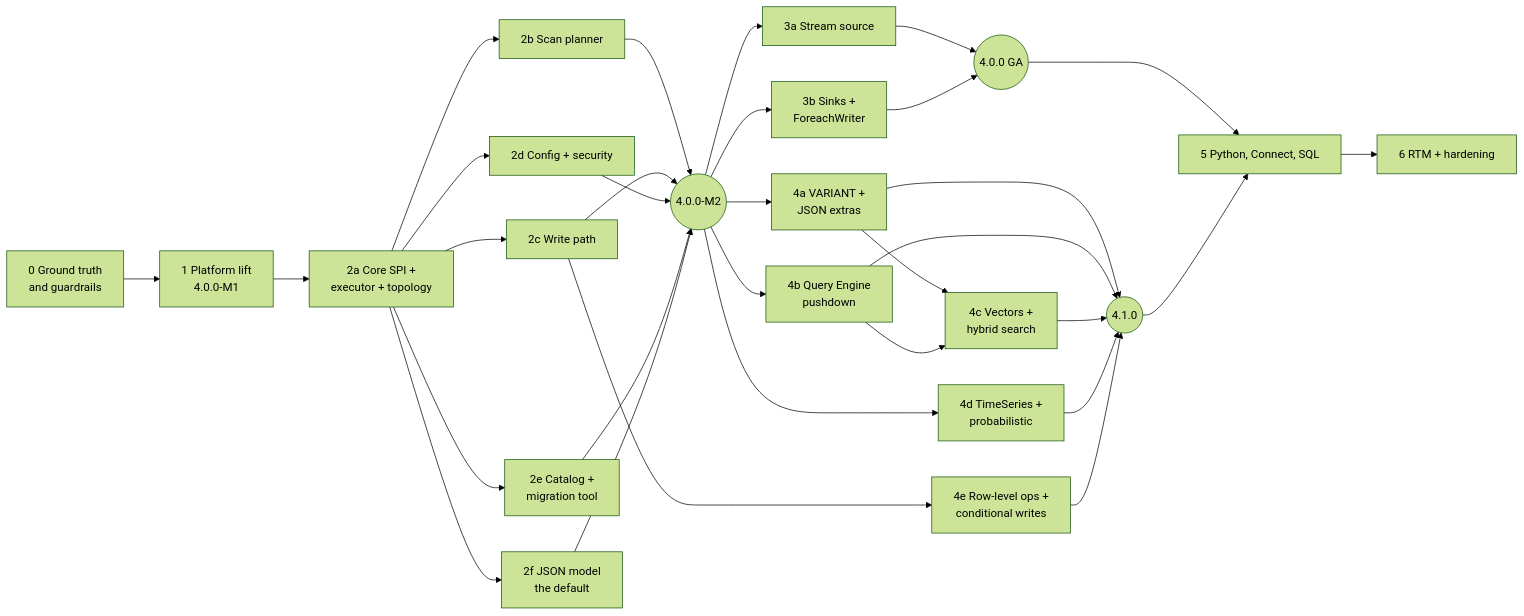
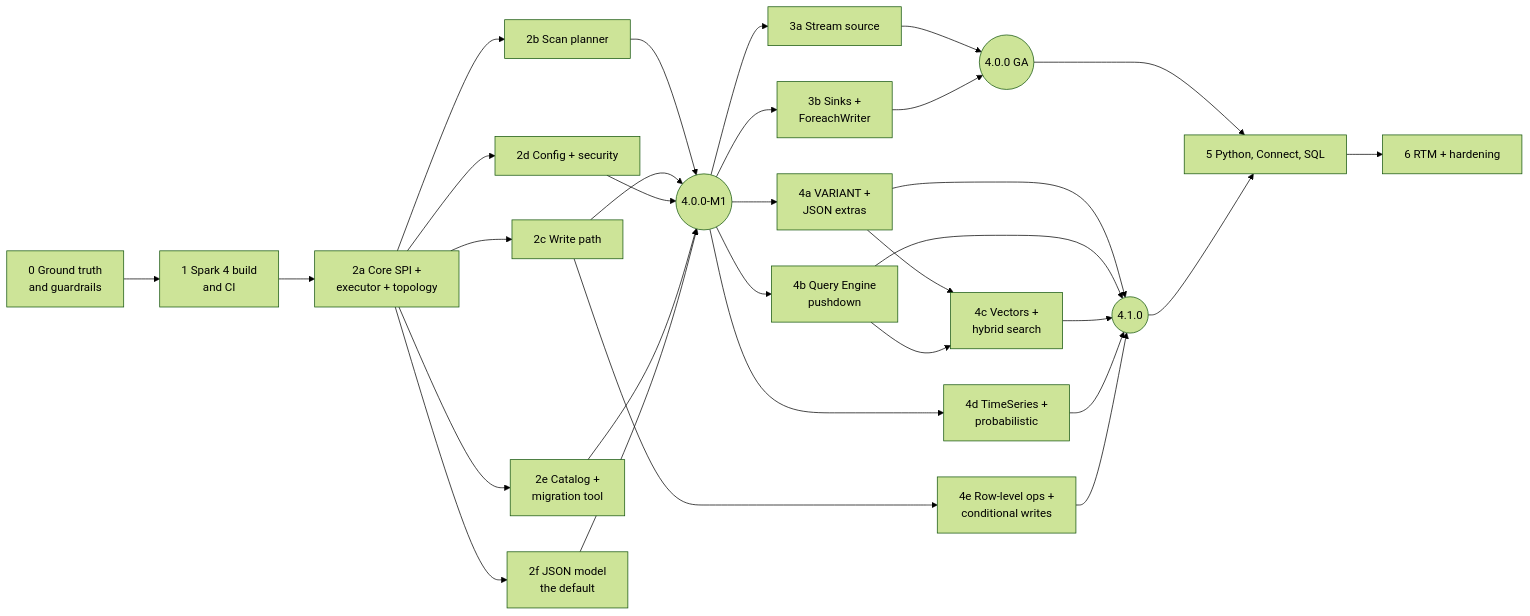
Before and after one commit to Redislabs-Solution-Architects/spark-redis: the diagram in doc/modernization/roadmap.md, drawn with Mermaid (forest theme). The commit also changed other lines of this file and 7 other files, not shown here.

````diff
--- a/doc/modernization/roadmap.md
+++ b/doc/modernization/roadmap.md
@@ -92,23 +147,23 @@
 ```mermaid
 flowchart LR
-  P0[0 Ground truth<br/>and guardrails] --> P1[1 Platform lift<br/>4.0.0-M1]
+  P0[0 Ground truth<br/>and guardrails] --> P1[1 Spark 4 build<br/>and CI]
   P1 --> SPI[2a Core SPI +<br/>executor + topology]
   SPI --> RD[2b Scan planner]
   SPI --> WR[2c Write path]
   SPI --> CF[2d Config + security]
   SPI --> CT[2e Catalog +<br/>migration tool]
   SPI --> JS[2f JSON model<br/>the default]
-  RD & WR & CF & CT & JS --> M2((4.0.0-M2))
+  RD & WR & CF & CT & JS --> M2((4.0.0-M1))
   M2 --> SRC[3a Stream source]
   M2 --> SNK[3b Sinks +<br/>ForeachWriter]
   SRC & SNK --> GA((4.0.0 GA))
   M2 --> J[4a VARIANT +<br/>JSON extras]
   M2 --> QE[4b Query Engine<br/>pushdown]
   J --> VEC[4c Vectors +<br/>hybrid search]
   QE --> VEC
   M2 --> TS[4d TimeSeries +<br/>probabilistic]
   WR --> RL[4e Row-level ops +<br/>conditional writes]
   GA --> P5[5 Python, Connect, SQL]
   J & QE & VEC & TS & RL --> R41((4.1.0))
   R41 --> P5 --> P6[6 RTM + hardening]
 ```
````
